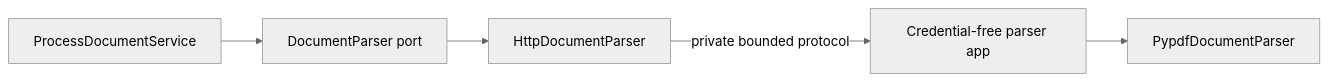
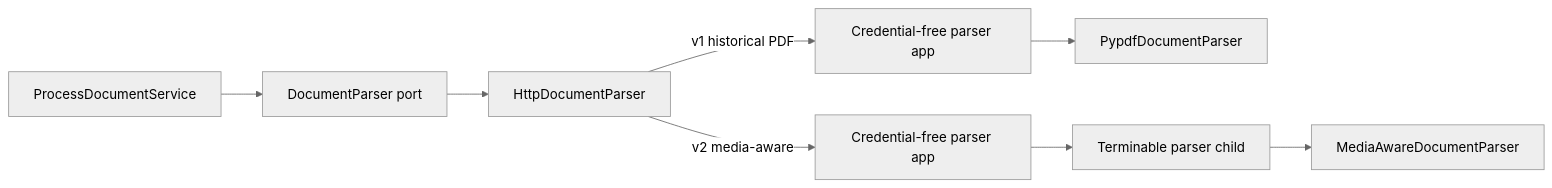
Before and after one commit to rnkraus/investment-research: the seventh of 9 diagrams in backend/src/investment_research/modules/processing/README.md, drawn with Mermaid (neutral theme). The commit also changed other lines of this file and 4 other files, not shown here.

````diff
--- a/backend/src/investment_research/modules/processing/README.md
+++ b/backend/src/investment_research/modules/processing/README.md
@@ -183,7 +190,10 @@
 ```mermaid
 flowchart LR
     SERVICE[ProcessDocumentService] --> PORT[DocumentParser port]
     PORT --> HTTP[HttpDocumentParser]
-    HTTP -->|private bounded protocol| APP[Credential-free parser app]
-    APP --> PYPDF[PypdfDocumentParser]
+    HTTP -->|v1 historical PDF| V1[Credential-free parser app]
+    HTTP -->|v2 media-aware| V2[Credential-free parser app]
+    V1 --> PYPDF[PypdfDocumentParser]
+    V2 --> CHILD[Terminable parser child]
+    CHILD --> MEDIA[MediaAwareDocumentParser]
 ```
````
